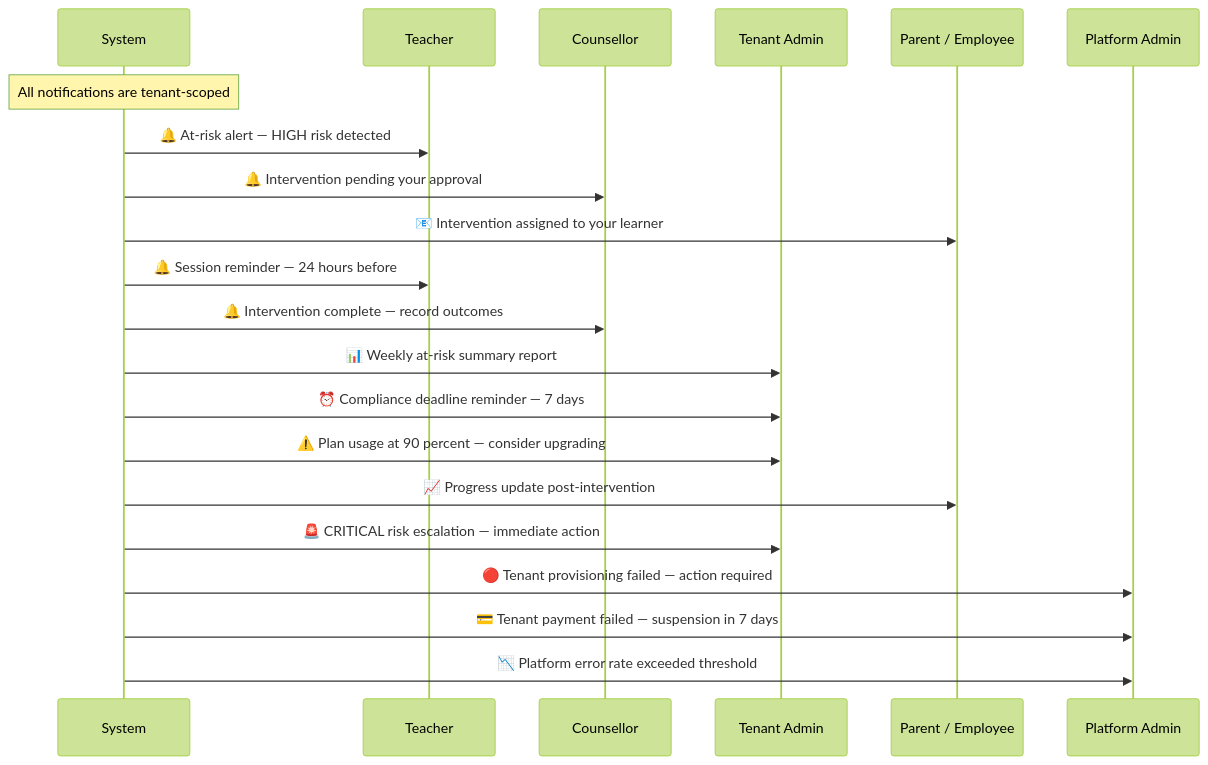
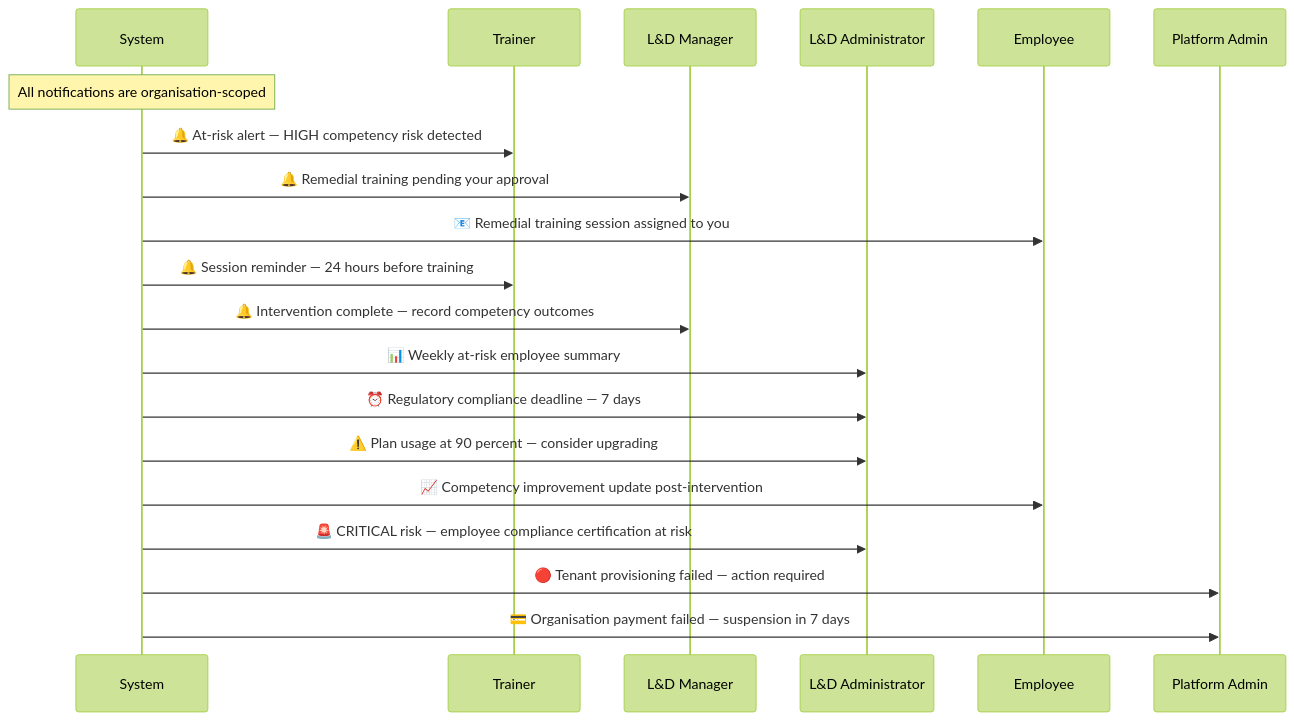
Diagram 12 of 12 in L-D/.sasva/overview/04-user-journeys.md (taarak18/propeller), drawn with Mermaid (forest theme) before and after one commit. The commit also changed other lines of this file and 6 other files, not shown here.

````diff
--- a/L-D/.sasva/overview/04-user-journeys.md
+++ b/L-D/.sasva/overview/04-user-journeys.md
@@ -230,24 +267,23 @@
 ```mermaid
 sequenceDiagram
     participant SYS as System
-    participant TEACHER as Teacher
-    participant COUNSELLOR as Counsellor
-    participant ADMIN as Tenant Admin
-    participant PARENT as Parent / Employee
+    participant TRAINER as Trainer
+    participant LDMGR as L&D Manager
+    participant LDADMIN as L&D Administrator
+    participant EMP as Employee
     participant PLATADMIN as Platform Admin
 
-    Note over SYS: All notifications are tenant-scoped
-    SYS->>TEACHER: 🔔 At-risk alert — HIGH risk detected
-    SYS->>COUNSELLOR: 🔔 Intervention pending your approval
-    SYS->>PARENT: 📧 Intervention assigned to your learner
-    SYS->>TEACHER: 🔔 Session reminder — 24 hours before
-    SYS->>COUNSELLOR: 🔔 Intervention complete — record outcomes
-    SYS->>ADMIN: 📊 Weekly at-risk summary report
-    SYS->>ADMIN: ⏰ Compliance deadline reminder — 7 days
-    SYS->>ADMIN: ⚠️ Plan usage at 90 percent — consider upgrading
-    SYS->>PARENT: 📈 Progress update post-intervention
-    SYS->>ADMIN: 🚨 CRITICAL risk escalation — immediate action
+    Note over SYS: All notifications are organisation-scoped
+    SYS->>TRAINER: 🔔 At-risk alert — HIGH competency risk detected
+    SYS->>LDMGR: 🔔 Remedial training pending your approval
+    SYS->>EMP: 📧 Remedial training session assigned to you
+    SYS->>TRAINER: 🔔 Session reminder — 24 hours before training
+    SYS->>LDMGR: 🔔 Intervention complete — record competency outcomes
+    SYS->>LDADMIN: 📊 Weekly at-risk employee summary
+    SYS->>LDADMIN: ⏰ Regulatory compliance deadline — 7 days
+    SYS->>LDADMIN: ⚠️ Plan usage at 90 percent — consider upgrading
+    SYS->>EMP: 📈 Competency improvement update post-intervention
+    SYS->>LDADMIN: 🚨 CRITICAL risk — employee compliance certification at risk
     SYS->>PLATADMIN: 🔴 Tenant provisioning failed — action required
-    SYS->>PLATADMIN: 💳 Tenant payment failed — suspension in 7 days
-    SYS->>PLATADMIN: 📉 Platform error rate exceeded threshold
+    SYS->>PLATADMIN: 💳 Organisation payment failed — suspension in 7 days
 ```
````
